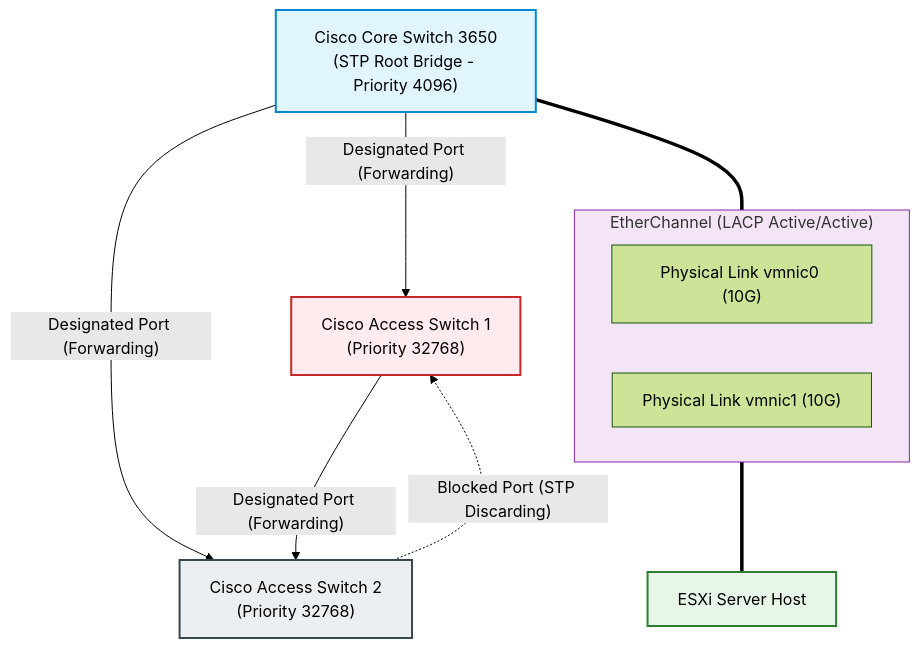
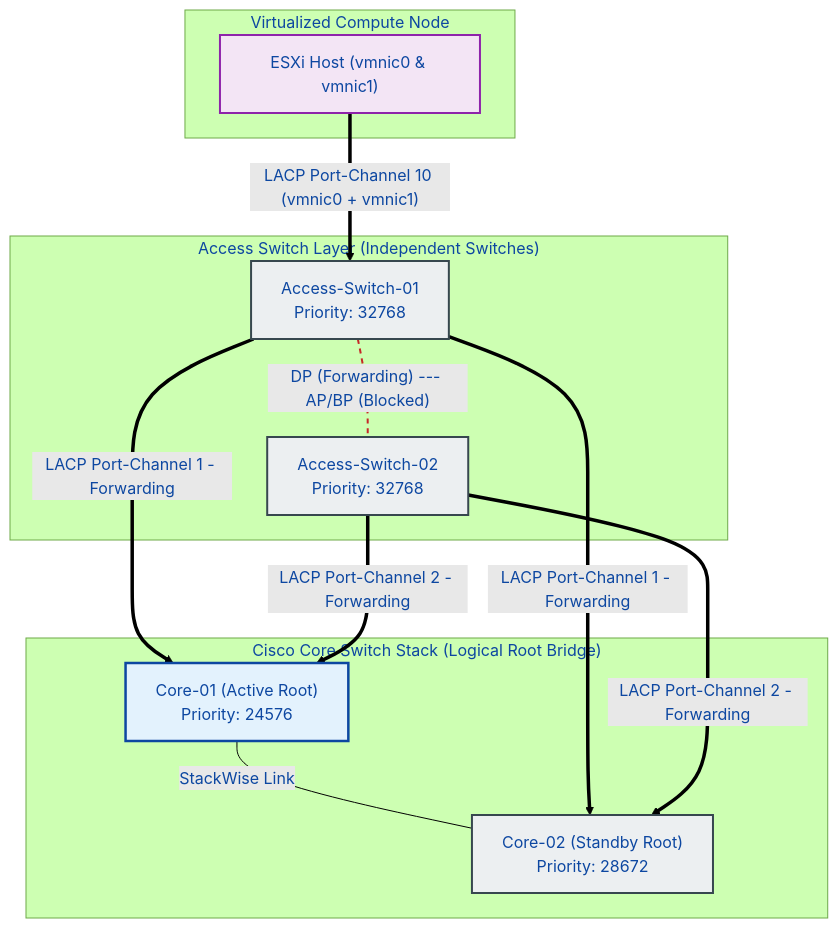
One commit to tanpham380/tanpham380 changed the sixth of 14 diagrams in experiment/README.md. Above: the diagram before and after it, drawn with Mermaid (forest theme). The commit also changed other lines of this file and 1 other file, not shown here.

Commit message:
refactor: update network topology diagrams and document technical specifications for hybrid MPLS/L2VPN routing and STP loop prevention protocols.

````diff
--- a/experiment/README.md
+++ b/experiment/README.md
@@ -191,29 +484,44 @@
 ```mermaid
 graph TD
-    classDef root fill:#e1f5fe,stroke:#0288d1,stroke-width:2px;
+    classDef root fill:#e3f2fd,stroke:#0d47a1,stroke-width:2.5px,color:#0d47a1;
     classDef switch fill:#eceff1,stroke:#37474f,stroke-width:2px;
-    classDef host fill:#e8f5e9,stroke:#2e7d32,stroke-width:2px;
-    classDef block fill:#ffebee,stroke:#c62828,stroke-width:2px;
+    classDef host fill:#f3e5f5,stroke:#8e24aa,stroke-width:2px;
 
-    RootBridge["Cisco Core Switch 3650<br/>(STP Root Bridge - Priority 4096)"]:::root
-    AccessSW1["Cisco Access Switch 1<br/>(Priority 32768)"]:::switch
-    AccessSW2["Cisco Access Switch 2<br/>(Priority 32768)"]:::switch
-
-    %% STP Port Roles
-    RootBridge -- "Designated Port (Forwarding)" --> AccessSW1
-    RootBridge -- "Designated Port (Forwarding)" --> AccessSW2
-
-    AccessSW1 -- "Designated Port (Forwarding)" --> AccessSW2
-    AccessSW2 -. "Blocked Port (STP Discarding)" .-> AccessSW1:::block
-
-    %% EtherChannel / LACP
-    subgraph Link_Aggregation ["EtherChannel (LACP Active/Active)"]
-        LACP_1["Physical Link vmnic0 (10G)"]
-        LACP_2["Physical Link vmnic1 (10G)"]
+    %% SWITCH NODE DEFINITIONS
+    subgraph Core_Stack ["Cisco Core Switch Stack (Logical Root Bridge)"]
+        Core01["Core-01 (Active Root)<br/>Priority: 24576"]:::root
+        Core02["Core-02 (Standby Root)<br/>Priority: 28672"]:::switch
+        Core01 ---|StackWise Link| Core02
     end
 
-    RootBridge === Link_Aggregation === vCenterHost["ESXi Server Host"]:::host
+    subgraph Access_Layer ["Access Switch Layer (Independent Switches)"]
+        Access01["Access-Switch-01<br/>Priority: 32768"]:::switch
+        Access02["Access-Switch-02<br/>Priority: 32768"]:::switch
+    end
 
-    %% Legend
-    style Link_Aggregation fill:#f3e5f5,stroke:#8e24aa,stroke-width:1px;
+    subgraph Server_Farm ["Virtualized Compute Node"]
+        ESXi["ESXi Host (vmnic0 & vmnic1)"]:::host
+    end
+
+    %% LINKS & PORT-CHANNELS
+    %% Uplink from Access-01 to Core Stack (LACP Port-Channel 1)
+    Access01 == "LACP Port-Channel 1 - Forwarding" ==> Core01
+    Access01 == "LACP Port-Channel 1 - Forwarding" ==> Core02
+    
+    %% Uplink from Access-02 to Core Stack (LACP Port-Channel 2)
+    Access02 == "LACP Port-Channel 2 - Forwarding" ==> Core01
+    Access02 == "LACP Port-Channel 2 - Forwarding" ==> Core02
+
+    %% Redundant Link between Access Switches (Forms Loop, Blocked by STP)
+    Access01 -. "DP (Forwarding) --- AP/BP (Blocked)" .- Access02
+
+    %% ESXi Host connection to Access-01 using Port-Channel 10
+    ESXi == "LACP Port-Channel 10 (vmnic0 + vmnic1)" ==> Access01
+
+    %% Styling
+    style Core01 fill:#e3f2fd,stroke:#0d47a1,stroke-width:2.5px;
+    style Core02 fill:#eceff1,stroke:#37474f,stroke-width:2px;
+    style Access01 fill:#eceff1,stroke:#37474f,stroke-width:2px;
+    style Access02 fill:#eceff1,stroke:#37474f,stroke-width:2px;
+    linkStyle 5 stroke:#c62828,stroke-width:2px,stroke-dasharray: 5 5;
 ```
````
